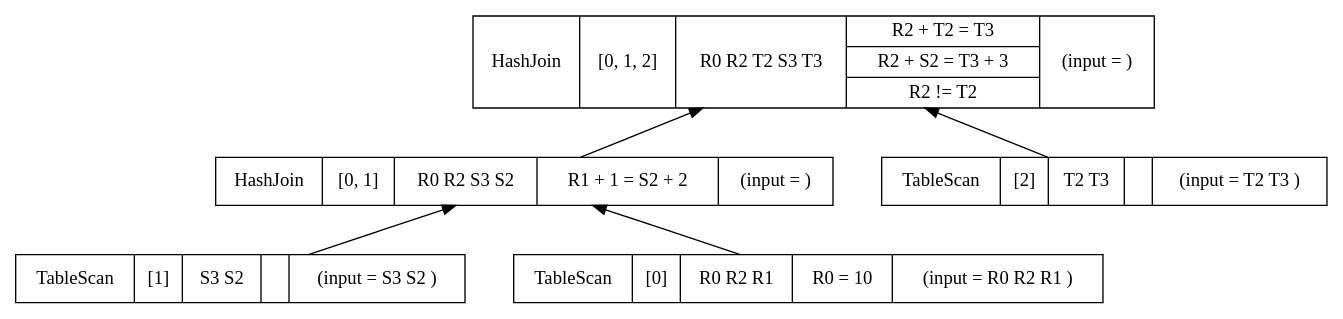
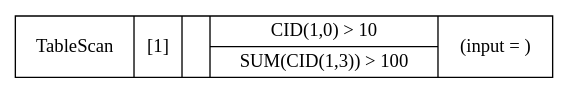
One commit to adarshpannu/kona changed the diagram in plan.dot. Above: the diagram before and after it, drawn with Graphviz. The commit also changed 14 other files, not shown here.

Commit message:
Use graphs to represent query blocks too

```diff
--- a/plan.dot
+++ b/plan.dot
@@ -1,15 +1,7 @@
 digraph example1 {
     node [shape=record];
     rankdir=BT;
     nodesep=0.5;
     ordering="in";
-    popnodePOPKey4v1 -> popnodePOPKey5v1;
-    popnodePOPKey2v1 -> popnodePOPKey4v1;
-    popnodePOPKey2v1[label="TableScan|[1]|S3 S2 |{}|(input = S3 S2 )"];
-    popnodePOPKey1v1 -> popnodePOPKey4v1;
-    popnodePOPKey1v1[label="TableScan|[0]|R0 R2 R1 |{R0 = 10}|(input = R0 R2 R1 )"];
-    popnodePOPKey4v1[label="HashJoin|[0, 1]|R0 R2 S3 S2 |{R1 + 1 = S2 + 2}|(input = )"];
-    popnodePOPKey3v1 -> popnodePOPKey5v1;
-    popnodePOPKey3v1[label="TableScan|[2]|T2 T3 |{}|(input = T2 T3 )"];
-    popnodePOPKey5v1[label="HashJoin|[0, 1, 2]|R0 R2 T2 S3 T3 |{R2 + T2 = T3|R2 + S2 = T3 + 3|R2 != T2}|(input = )"];
+    popnodePOPKey1v1[label="TableScan|[1]||{CID(1,0) \> 10|SUM(CID(1,3)) \> 100}|(input = )"];
 }
```
